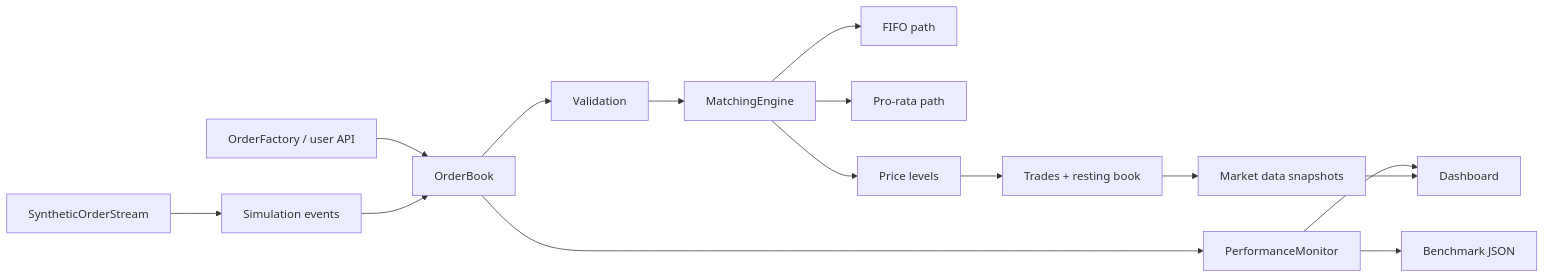
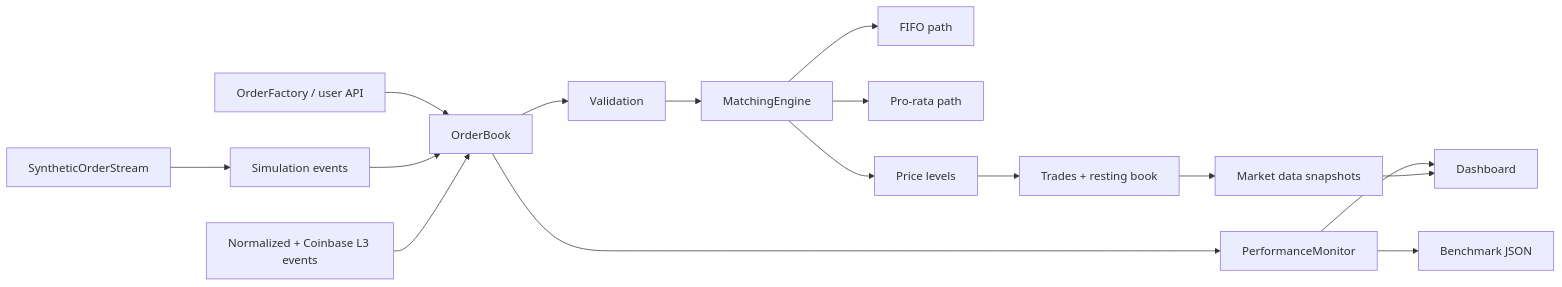
One commit to Taz33m/tracebook changed the diagram in README.md. Above: the diagram before and after it, drawn with Mermaid. The commit also changed other lines of this file and 27 other files, not shown here.

````diff
--- a/README.md
+++ b/README.md
@@ -119,17 +121,18 @@
 ```mermaid
 flowchart LR
     A["OrderFactory / user API"] --> B["OrderBook"]
     B --> C["Validation"]
     C --> D["MatchingEngine"]
     D --> E1["FIFO path"]
     D --> E2["Pro-rata path"]
     D --> F["Price levels"]
     F --> G["Trades + resting book"]
     G --> H["Market data snapshots"]
     I["SyntheticOrderStream"] --> J["Simulation events"]
     J --> B
+    N["Normalized + Coinbase L3 events"] --> B
     B --> K["PerformanceMonitor"]
     K --> L["Benchmark JSON"]
     K --> M["Dashboard"]
     H --> M
 ```
````
